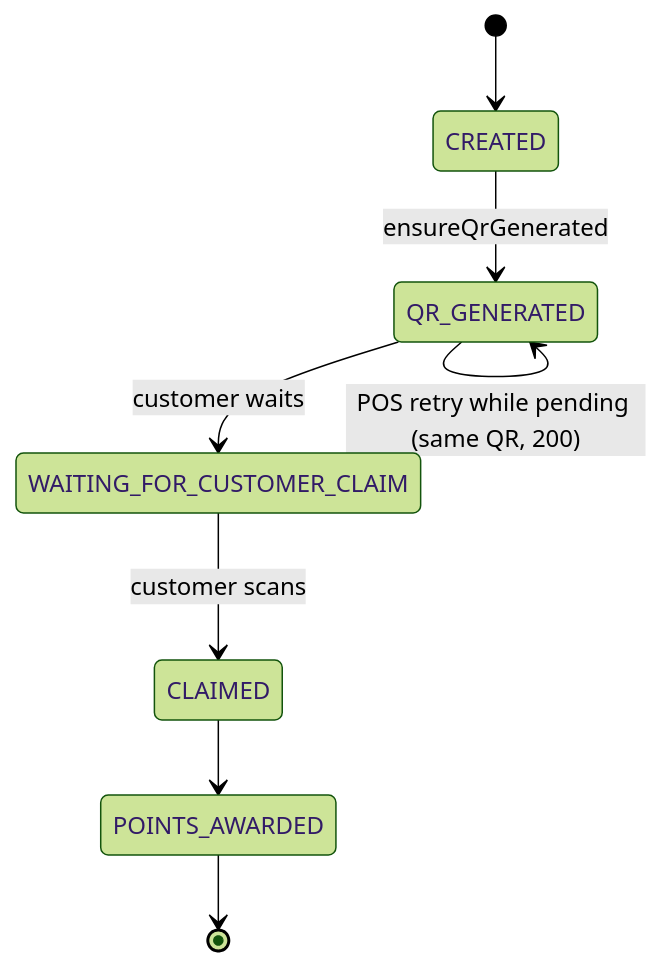
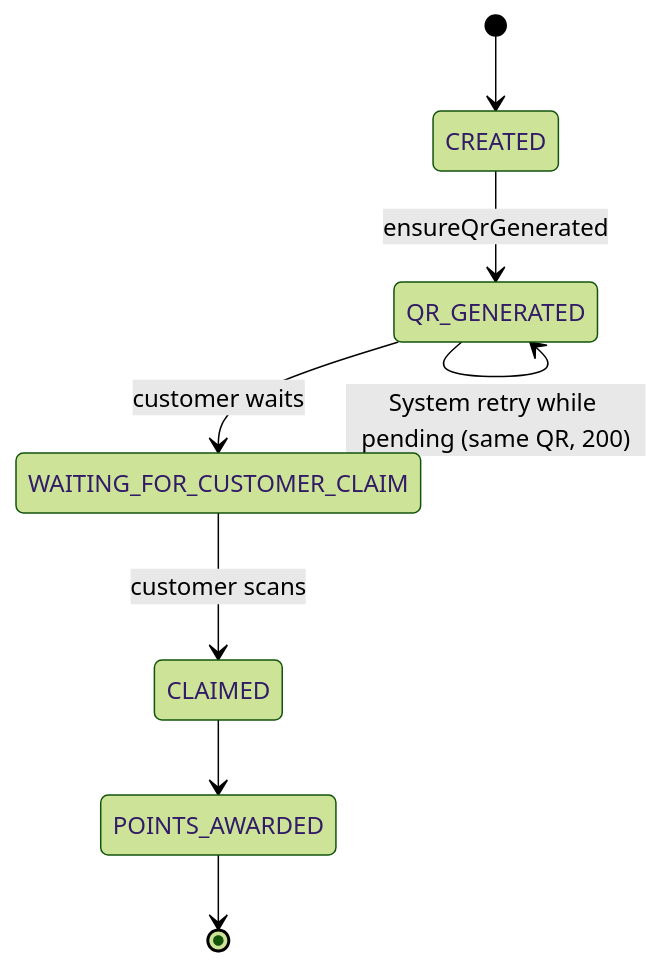
One commit to krischal07/docs changed the second of 2 diagrams in api-reference/overview.mdx. Above: the diagram before and after it, drawn with Mermaid (forest theme). The commit also changed other lines of this file and 112 other files, not shown here.

Commit message:
docs chaged for pos-system

````diff
--- a/api-reference/overview.mdx
+++ b/api-reference/overview.mdx
@@ -85,10 +85,10 @@
     ```mermaid
     stateDiagram-v2
       [*] --> CREATED
       CREATED --> QR_GENERATED: ensureQrGenerated
       QR_GENERATED --> WAITING_FOR_CUSTOMER_CLAIM: customer waits
       WAITING_FOR_CUSTOMER_CLAIM --> CLAIMED: customer scans
       CLAIMED --> POINTS_AWARDED
       POINTS_AWARDED --> [*]
-      QR_GENERATED --> QR_GENERATED: POS retry while pending (same QR, 200)
+      QR_GENERATED --> QR_GENERATED: System retry while pending (same QR, 200)
     ```
````
